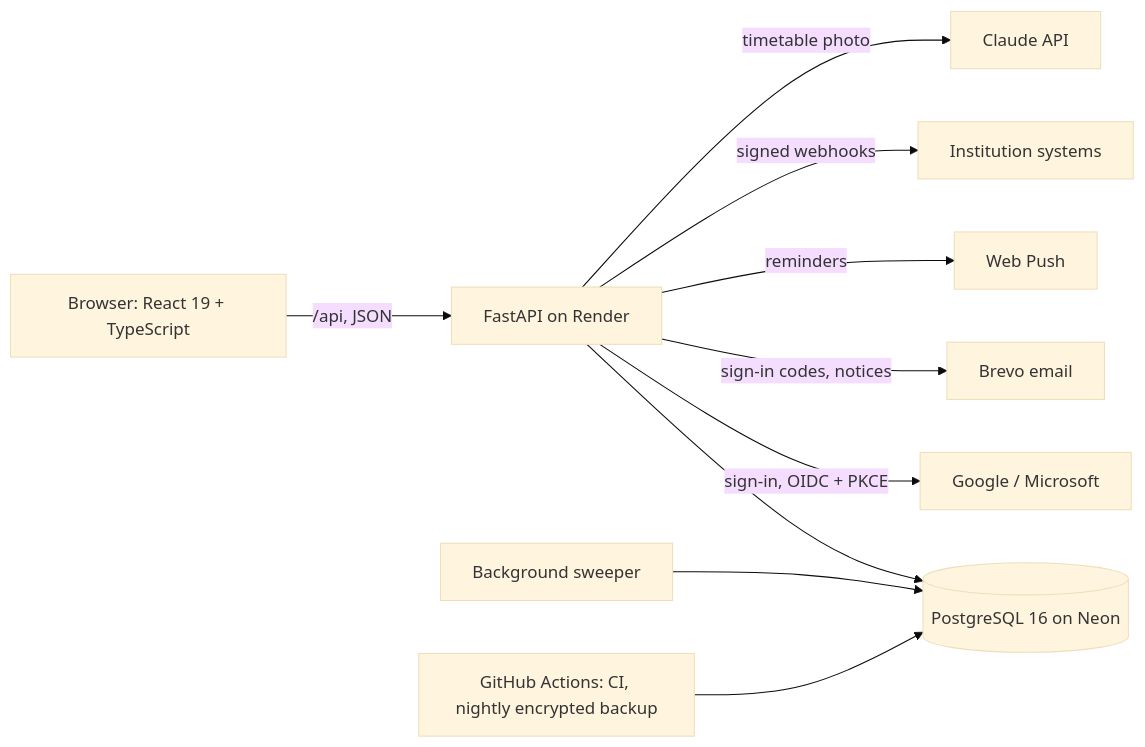
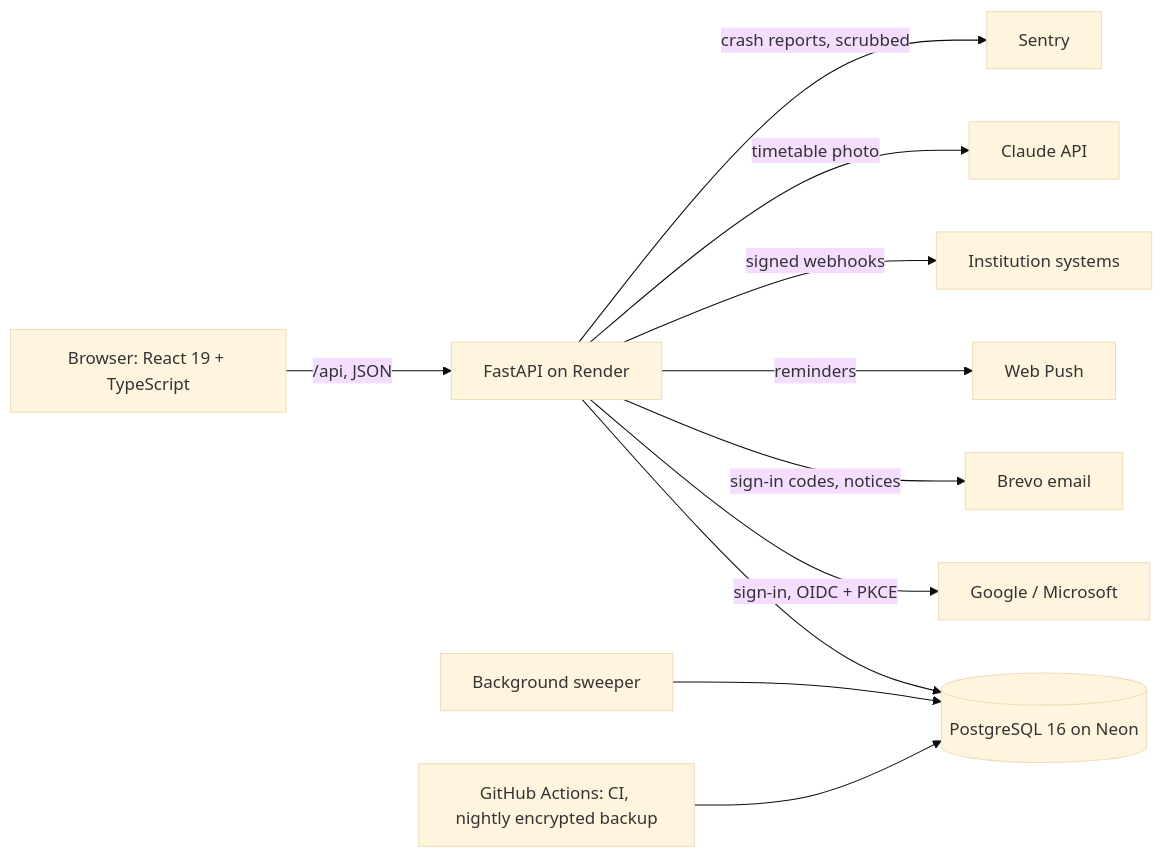
Before and after one commit to itayG11/studyspot: the diagram in README.md, drawn with Mermaid (base theme). The commit also changed other lines of this file and 1 other file, not shown here.

````diff
--- a/README.md
+++ b/README.md
@@ -67,12 +70,13 @@
 ```mermaid
 flowchart LR
   B[Browser: React 19 + TypeScript] -- "/api, JSON" --> A[FastAPI on Render]
   A --> D[(PostgreSQL 16 on Neon)]
   A -- "sign-in, OIDC + PKCE" --> I[Google / Microsoft]
   A -- "sign-in codes, notices" --> M[Brevo email]
   A -- "reminders" --> P[Web Push]
   A -- "signed webhooks" --> W[Institution systems]
   A -- "timetable photo" --> C[Claude API]
+  A -- "crash reports, scrubbed" --> S2[Sentry]
   S[Background sweeper] --> D
   G[GitHub Actions: CI, nightly encrypted backup] --> D
 ```
````
